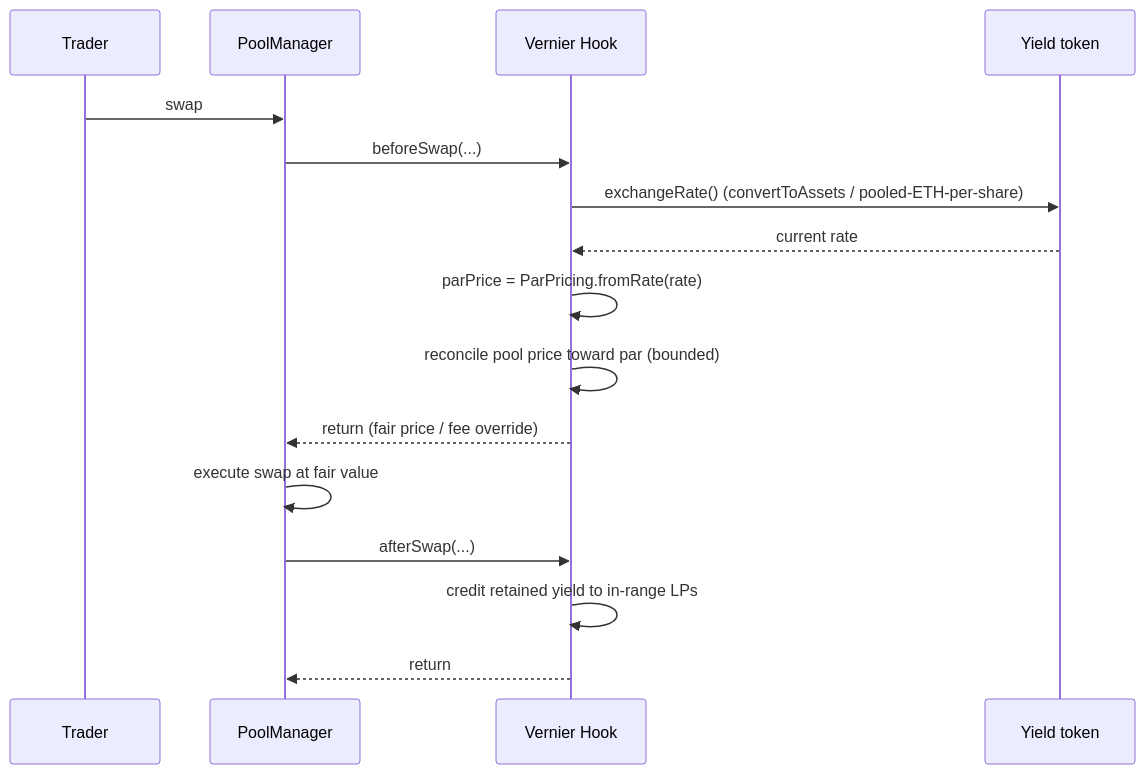
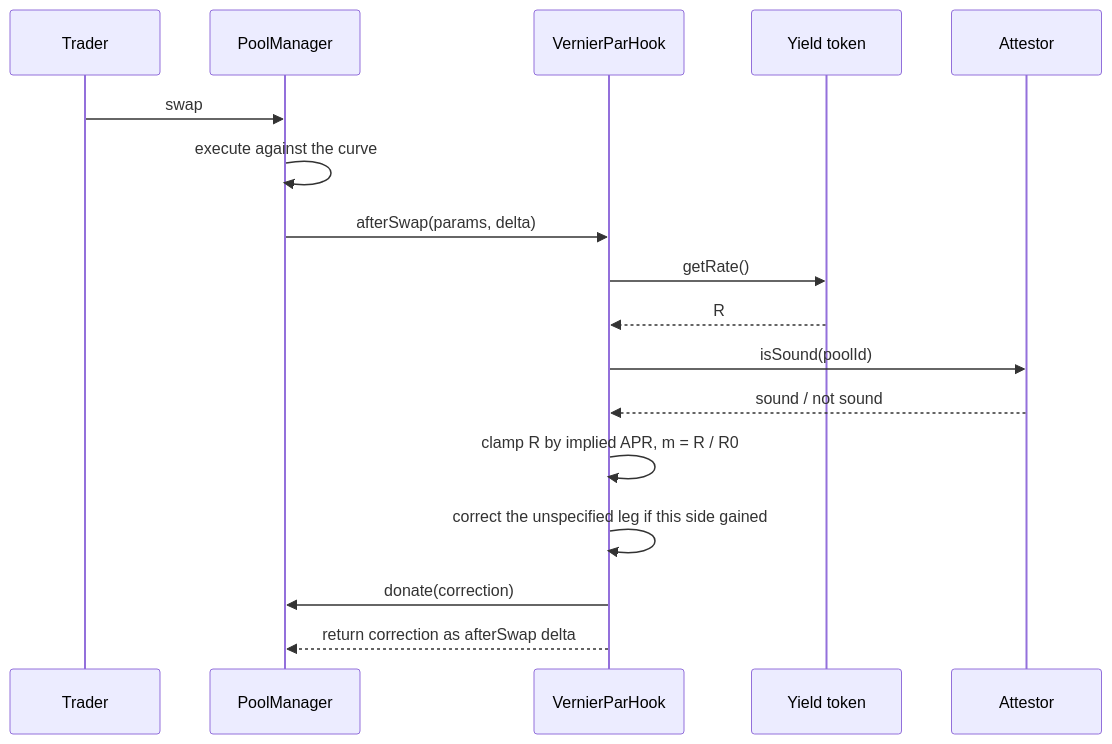
One commit to Spagero763/vernier changed the second of 2 diagrams in docs/architecture.md. Above: the diagram before and after it, drawn with Mermaid. The commit also changed other lines of this file and 3 other files, not shown here.

````diff
--- a/docs/architecture.md
+++ b/docs/architecture.md
@@ -57,19 +56,20 @@
 ```mermaid
 sequenceDiagram
     participant T as Trader
     participant PM as PoolManager
-    participant H as Vernier Hook
+    participant H as VernierParHook
     participant Y as Yield token
+    participant A as Attestor
 
     T->>PM: swap
-    PM->>H: beforeSwap(...)
-    H->>Y: exchangeRate()  (convertToAssets / pooled-ETH-per-share)
-    Y-->>H: current rate
-    H->>H: parPrice = ParPricing.fromRate(rate)
-    H->>H: reconcile pool price toward par (bounded)
-    H-->>PM: return (fair price / fee override)
-    PM->>PM: execute swap at fair value
-    PM->>H: afterSwap(...)
-    H->>H: credit retained yield to in-range LPs
-    H-->>PM: return
+    PM->>PM: execute against the curve
+    PM->>H: afterSwap(params, delta)
+    H->>Y: getRate()
+    Y-->>H: R
+    H->>A: isSound(poolId)
+    A-->>H: sound / not sound
+    H->>H: clamp R by implied APR, m = R / R0
+    H->>H: correct the unspecified leg if this side gained
+    H->>PM: donate(correction)
+    H-->>PM: return correction as afterSwap delta
 ```
````
